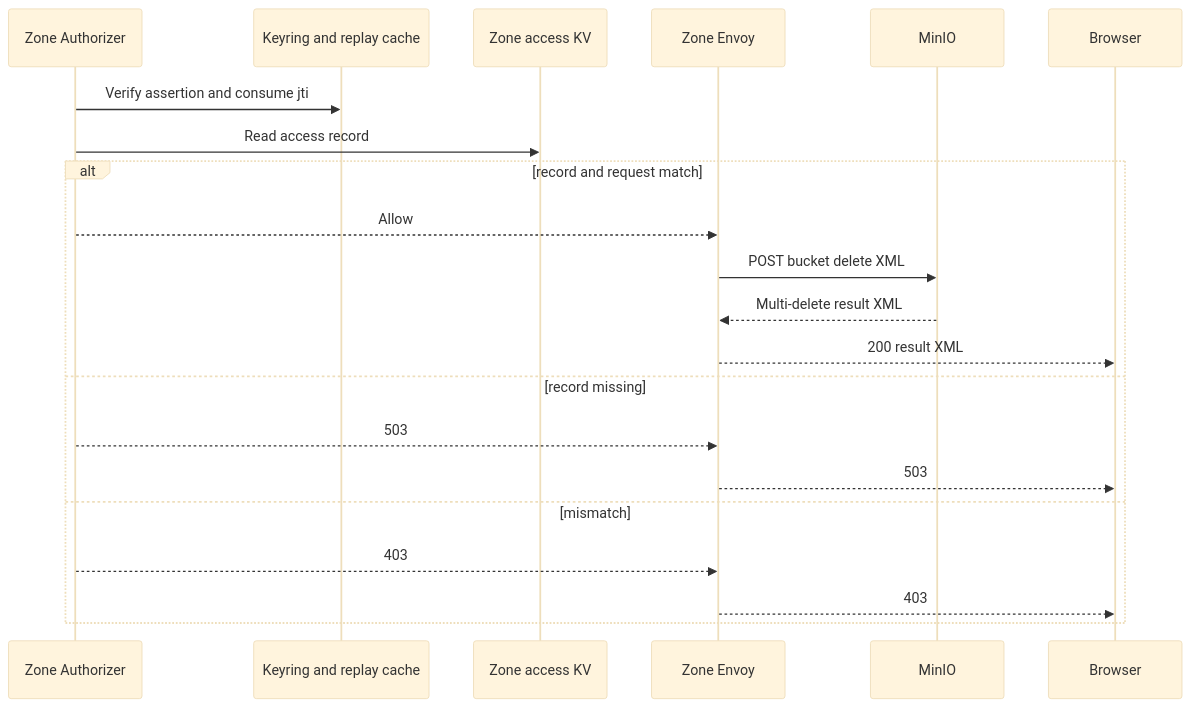
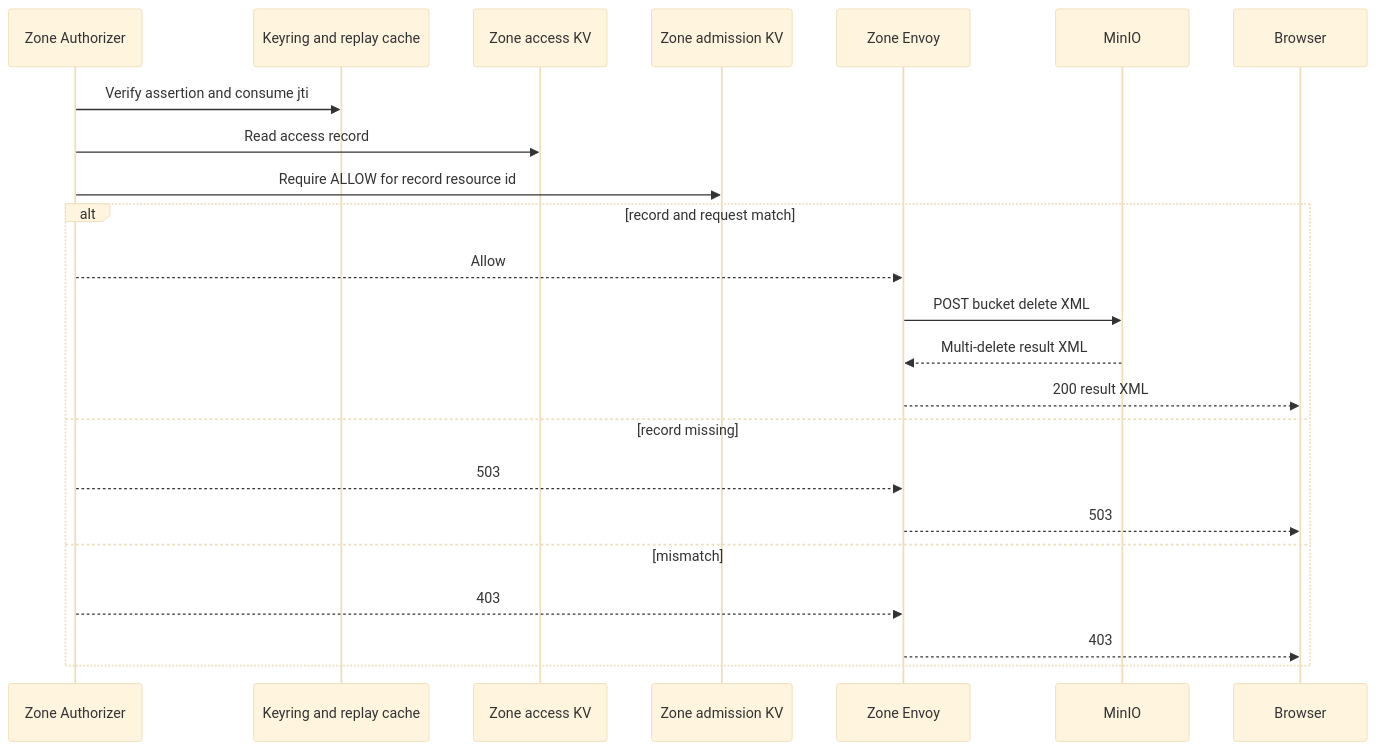
Before and after one commit to phucle996/aurora: the third of 3 diagrams in god_view/storage/personal_storage_object_bulk_delete_god_view_workflow.md, drawn with Mermaid (base theme). The commit also changed other lines of this file and 131 other files, not shown here.

````diff
--- a/god_view/storage/personal_storage_object_bulk_delete_god_view_workflow.md
+++ b/god_view/storage/personal_storage_object_bulk_delete_god_view_workflow.md
@@ -135,24 +137,26 @@
 ```mermaid
 sequenceDiagram
     participant ZA as Zone Authorizer
     participant K as Keyring and replay cache
     participant KV as Zone access KV
+    participant AD as Zone admission KV
     participant ZE as Zone Envoy
     participant M as MinIO
     participant B as Browser
 
     ZA->>K: Verify assertion and consume jti
     ZA->>KV: Read access record
+    ZA->>AD: Require ALLOW for record resource id
     alt record and request match
         ZA-->>ZE: Allow
         ZE->>M: POST bucket delete XML
         M-->>ZE: Multi-delete result XML
         ZE-->>B: 200 result XML
     else record missing
         ZA-->>ZE: 503
         ZE-->>B: 503
     else mismatch
         ZA-->>ZE: 403
         ZE-->>B: 403
     end
 ```
````
